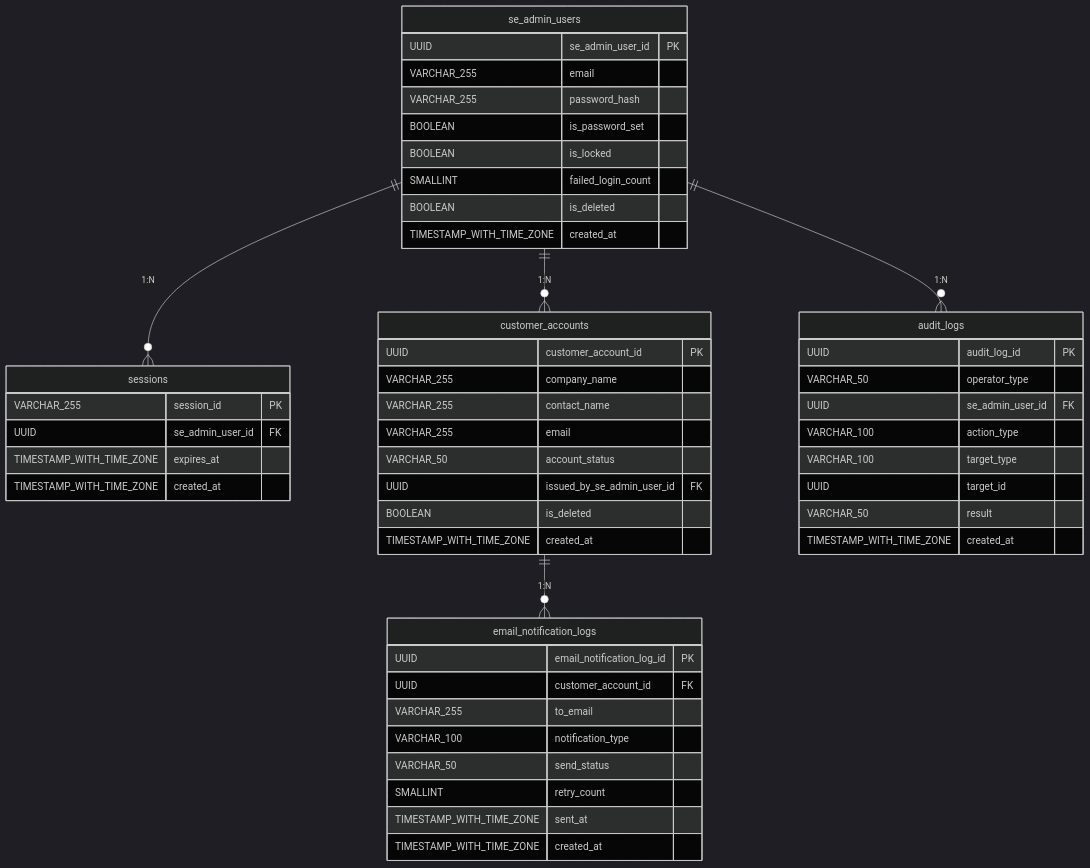
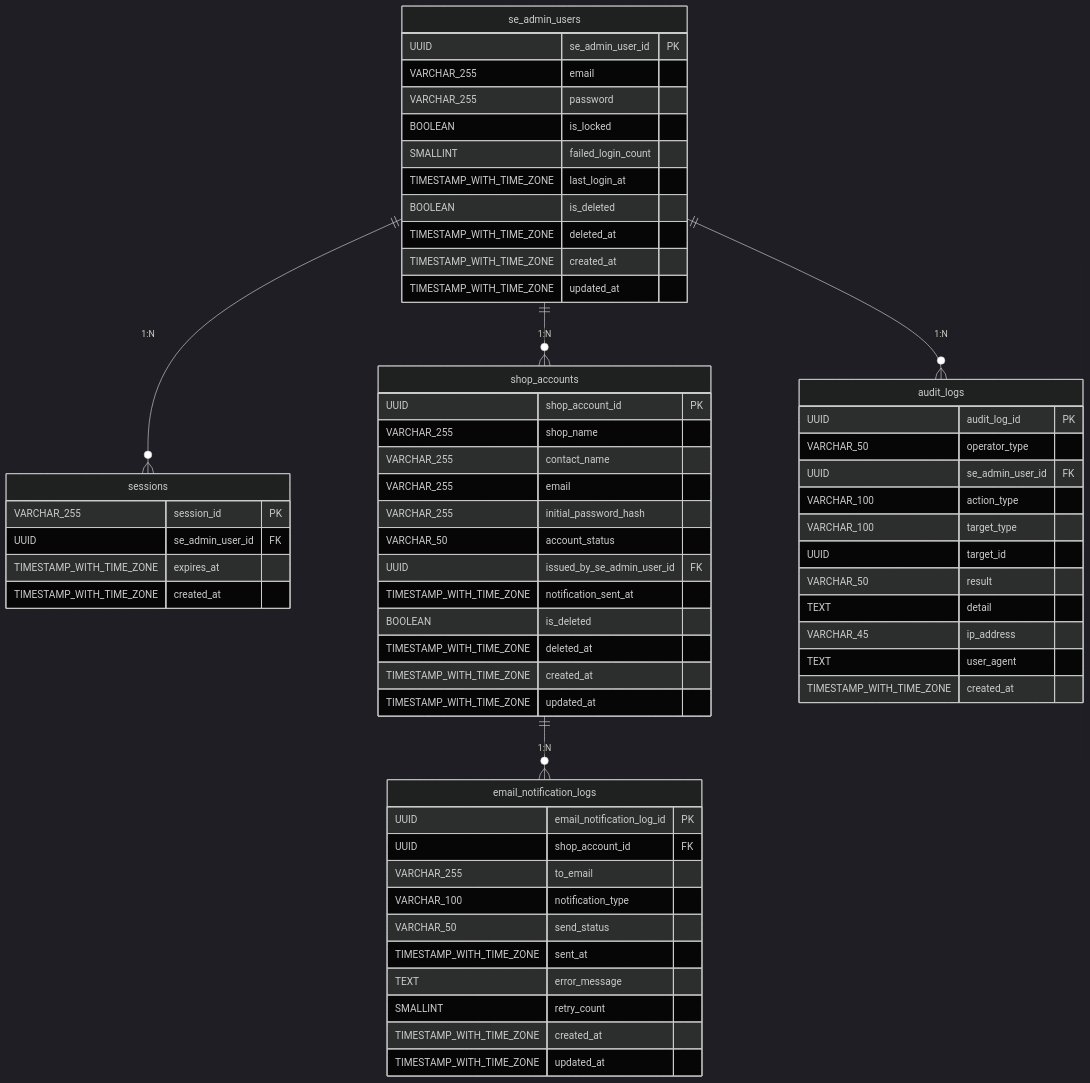
One commit to t-moriyama-r/shop_system changed the diagram in documents/SE管理画面/設計/基本設計/ER図.md. Above: the diagram before and after it, drawn with Mermaid (dark theme). The commit also changed other lines of this file and 27 other files, not shown here.

````diff
--- a/documents/SE管理画面/設計/基本設計/ER図.md
+++ b/documents/SE管理画面/設計/基本設計/ER図.md
@@ -79,53 +90,64 @@
 ```mermaid
 erDiagram
     se_admin_users {
         UUID se_admin_user_id PK
         VARCHAR_255 email
-        VARCHAR_255 password_hash
-        BOOLEAN is_password_set
+        VARCHAR_255 password
         BOOLEAN is_locked
         SMALLINT failed_login_count
+        TIMESTAMP_WITH_TIME_ZONE last_login_at
         BOOLEAN is_deleted
+        TIMESTAMP_WITH_TIME_ZONE deleted_at
         TIMESTAMP_WITH_TIME_ZONE created_at
+        TIMESTAMP_WITH_TIME_ZONE updated_at
     }
     sessions {
         VARCHAR_255 session_id PK
         UUID se_admin_user_id FK
         TIMESTAMP_WITH_TIME_ZONE expires_at
         TIMESTAMP_WITH_TIME_ZONE created_at
     }
-    customer_accounts {
-        UUID customer_account_id PK
-        VARCHAR_255 company_name
+    shop_accounts {
+        UUID shop_account_id PK
+        VARCHAR_255 shop_name
         VARCHAR_255 contact_name
         VARCHAR_255 email
+        VARCHAR_255 initial_password_hash
         VARCHAR_50 account_status
         UUID issued_by_se_admin_user_id FK
+        TIMESTAMP_WITH_TIME_ZONE notification_sent_at
         BOOLEAN is_deleted
+        TIMESTAMP_WITH_TIME_ZONE deleted_at
         TIMESTAMP_WITH_TIME_ZONE created_at
+        TIMESTAMP_WITH_TIME_ZONE updated_at
     }
     audit_logs {
         UUID audit_log_id PK
         VARCHAR_50 operator_type
         UUID se_admin_user_id FK
         VARCHAR_100 action_type
         VARCHAR_100 target_type
         UUID target_id
         VARCHAR_50 result
+        TEXT detail
+        VARCHAR_45 ip_address
+        TEXT user_agent
         TIMESTAMP_WITH_TIME_ZONE created_at
     }
     email_notification_logs {
         UUID email_notification_log_id PK
-        UUID customer_account_id FK
+        UUID shop_account_id FK
         VARCHAR_255 to_email
         VARCHAR_100 notification_type
         VARCHAR_50 send_status
+        TIMESTAMP_WITH_TIME_ZONE sent_at
+        TEXT error_message
         SMALLINT retry_count
-        TIMESTAMP_WITH_TIME_ZONE sent_at
         TIMESTAMP_WITH_TIME_ZONE created_at
+        TIMESTAMP_WITH_TIME_ZONE updated_at
     }
     se_admin_users ||--o{ sessions : "1:N"
-    se_admin_users ||--o{ customer_accounts : "1:N"
+    se_admin_users ||--o{ shop_accounts : "1:N"
     se_admin_users ||--o{ audit_logs : "1:N"
-    customer_accounts ||--o{ email_notification_logs : "1:N"
+    shop_accounts ||--o{ email_notification_logs : "1:N"
 ```
````
